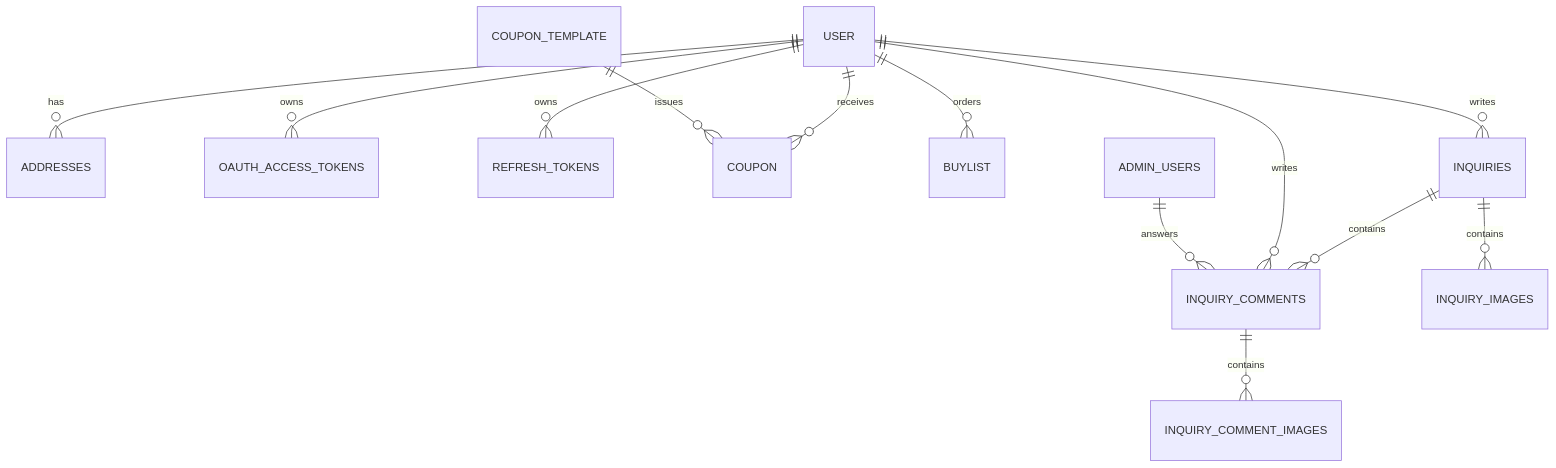
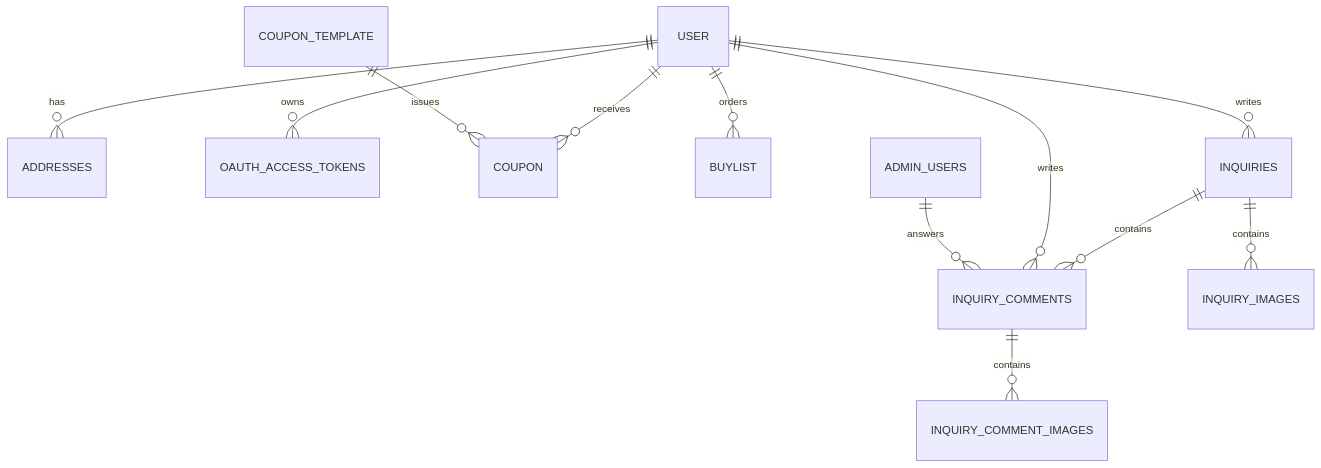
Before and after one commit to kor-ziko/zik00: the diagram in db_harness.md, drawn with Mermaid. The commit also changed other lines of this file and 28 other files, not shown here.

````diff
--- a/db_harness.md
+++ b/db_harness.md
@@ -14,15 +14,14 @@
 ```mermaid
 erDiagram
     USER ||--o{ ADDRESSES : has
     USER ||--o{ OAUTH_ACCESS_TOKENS : owns
-    USER ||--o{ REFRESH_TOKENS : owns
     USER ||--o{ COUPON : receives
     COUPON_TEMPLATE ||--o{ COUPON : issues
     USER ||--o{ BUYLIST : orders
     USER ||--o{ INQUIRIES : writes
     INQUIRIES ||--o{ INQUIRY_COMMENTS : contains
     INQUIRIES ||--o{ INQUIRY_IMAGES : contains
     INQUIRY_COMMENTS ||--o{ INQUIRY_COMMENT_IMAGES : contains
     USER ||--o{ INQUIRY_COMMENTS : writes
     ADMIN_USERS ||--o{ INQUIRY_COMMENTS : answers
 ```
````
